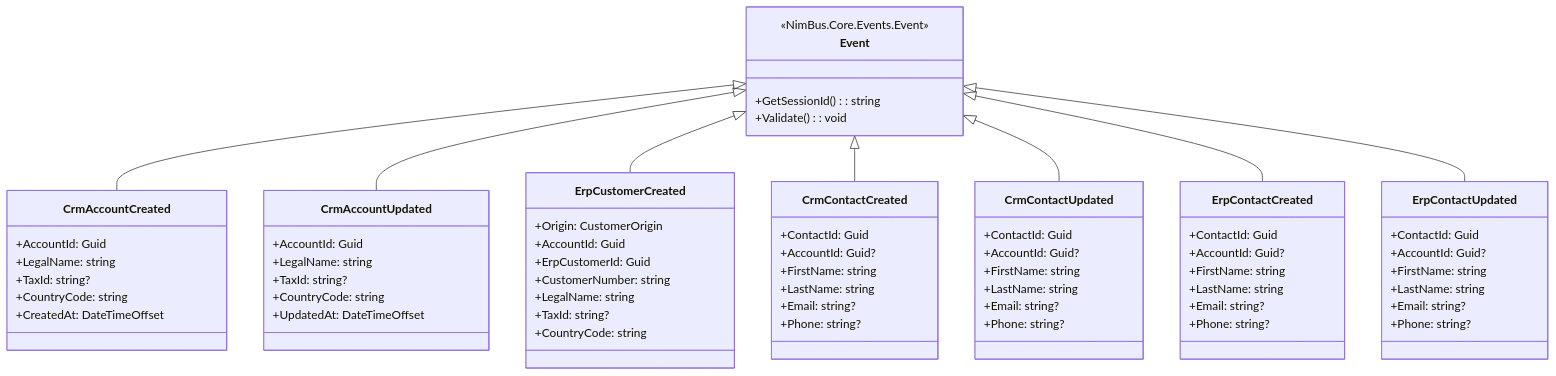
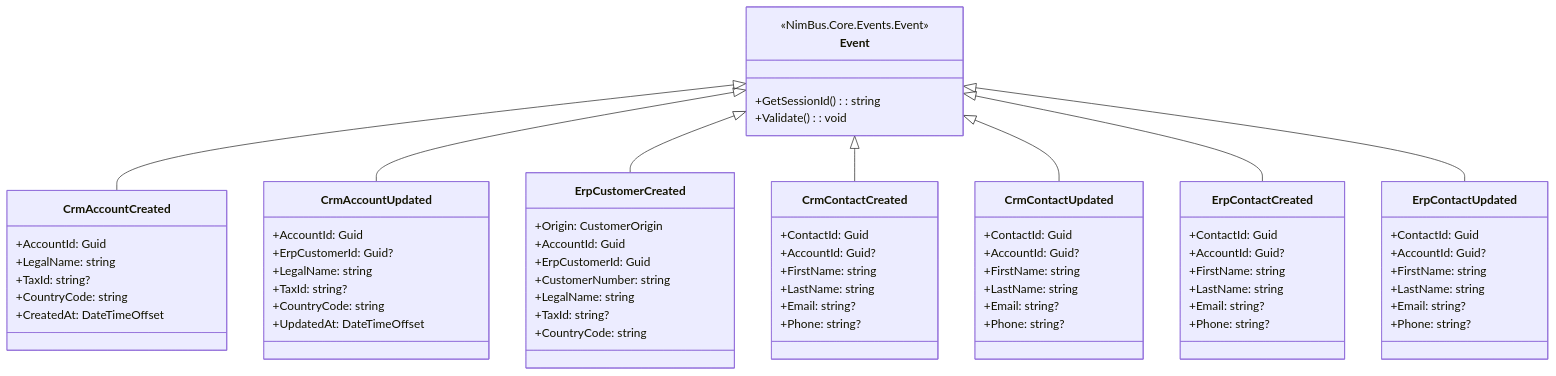
One commit to akakaule/NimBus changed the diagram in samples/CrmErpDemo/Crm.Adapter/docs/events.md. Above: the diagram before and after it, drawn with Mermaid. The commit also changed other lines of this file and 1 other file, not shown here.

First line of the commit message:
docs(samples/crm-erp): align TDD + events.md with bidirectional id linkage

````diff
--- a/samples/CrmErpDemo/Crm.Adapter/docs/events.md
+++ b/samples/CrmErpDemo/Crm.Adapter/docs/events.md
@@ -65,70 +65,71 @@
 ```mermaid
 classDiagram
     class Event {
         <<NimBus.Core.Events.Event>>
         +GetSessionId(): string
         +Validate(): void
     }
     class CrmAccountCreated {
         +AccountId: Guid
         +LegalName: string
         +TaxId: string?
         +CountryCode: string
         +CreatedAt: DateTimeOffset
     }
     class CrmAccountUpdated {
         +AccountId: Guid
+        +ErpCustomerId: Guid?
         +LegalName: string
         +TaxId: string?
         +CountryCode: string
         +UpdatedAt: DateTimeOffset
     }
     class ErpCustomerCreated {
         +Origin: CustomerOrigin
         +AccountId: Guid
         +ErpCustomerId: Guid
         +CustomerNumber: string
         +LegalName: string
         +TaxId: string?
         +CountryCode: string
     }
     class CrmContactCreated {
         +ContactId: Guid
         +AccountId: Guid?
         +FirstName: string
         +LastName: string
         +Email: string?
         +Phone: string?
     }
     class CrmContactUpdated {
         +ContactId: Guid
         +AccountId: Guid?
         +FirstName: string
         +LastName: string
         +Email: string?
         +Phone: string?
     }
     class ErpContactCreated {
         +ContactId: Guid
         +AccountId: Guid?
         +FirstName: string
         +LastName: string
         +Email: string?
         +Phone: string?
     }
     class ErpContactUpdated {
         +ContactId: Guid
         +AccountId: Guid?
         +FirstName: string
         +LastName: string
         +Email: string?
         +Phone: string?
     }
     Event <|-- CrmAccountCreated
     Event <|-- CrmAccountUpdated
     Event <|-- ErpCustomerCreated
     Event <|-- CrmContactCreated
     Event <|-- CrmContactUpdated
     Event <|-- ErpContactCreated
     Event <|-- ErpContactUpdated
 ```
````
